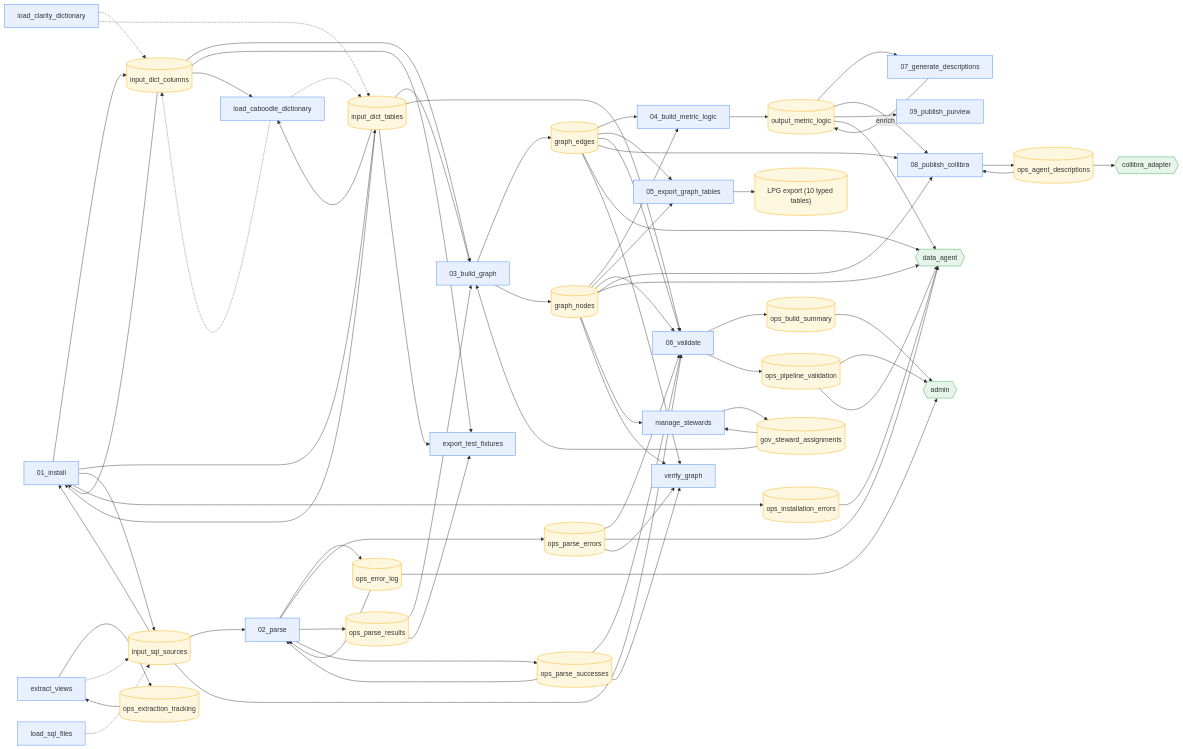
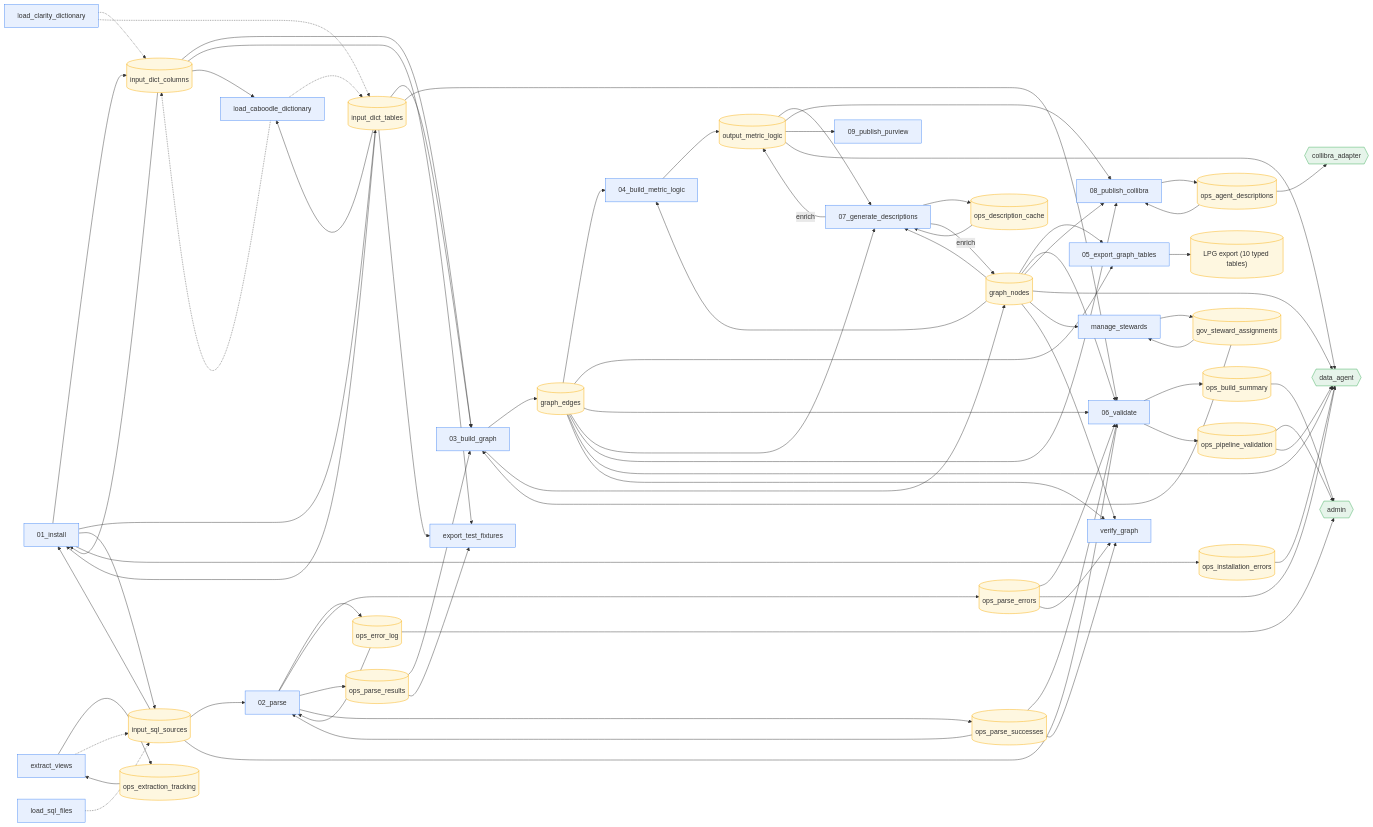
Before and after one commit to sunnyzhengai/sql-query-agent: the diagram in docs/architecture/PIPELINE_MAP.md, drawn with Mermaid. The commit also changed 13 other files, not shown here.

```diff
--- a/docs/architecture/PIPELINE_MAP.md
+++ b/docs/architecture/PIPELINE_MAP.md
@@ -37,6 +37,7 @@
   input_sql_sources[("input_sql_sources")]:::table
   ops_agent_descriptions[("ops_agent_descriptions")]:::table
   ops_build_summary[("ops_build_summary")]:::table
+  ops_description_cache[("ops_description_cache")]:::table
   ops_error_log[("ops_error_log")]:::table
   ops_extraction_tracking[("ops_extraction_tracking")]:::table
   ops_installation_errors[("ops_installation_errors")]:::table
@@ -62,6 +63,8 @@
   05_export_graph_tables --> LPG_export__10_typed_tables_
   06_validate --> ops_build_summary
   06_validate --> ops_pipeline_validation
+  07_generate_descriptions --> ops_description_cache
+  07_generate_descriptions -->|enrich| graph_nodes
   07_generate_descriptions -->|enrich| output_metric_logic
   08_publish_collibra --> ops_agent_descriptions
   extract_views --> ops_extraction_tracking
@@ -71,12 +74,14 @@
   graph_edges --> 04_build_metric_logic
   graph_edges --> 05_export_graph_tables
   graph_edges --> 06_validate
+  graph_edges --> 07_generate_descriptions
   graph_edges --> 08_publish_collibra
   graph_edges --> data_agent
   graph_edges --> verify_graph
   graph_nodes --> 04_build_metric_logic
   graph_nodes --> 05_export_graph_tables
   graph_nodes --> 06_validate
+  graph_nodes --> 07_generate_descriptions
   graph_nodes --> 08_publish_collibra
   graph_nodes --> data_agent
   graph_nodes --> manage_stewards
@@ -102,6 +107,7 @@
   ops_agent_descriptions --> 08_publish_collibra
   ops_agent_descriptions --> collibra_adapter
   ops_build_summary --> admin
+  ops_description_cache --> 07_generate_descriptions
   ops_error_log --> 02_parse
   ops_error_log --> admin
   ops_extraction_tracking --> extract_views
```
